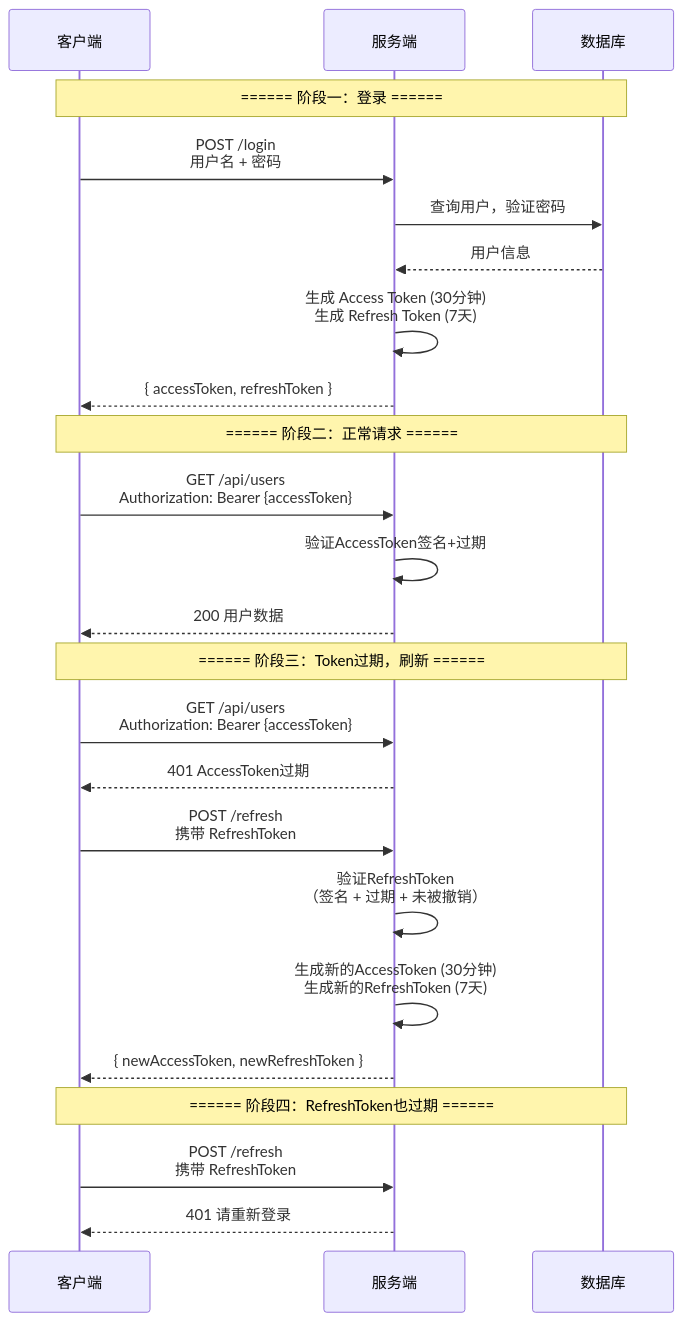
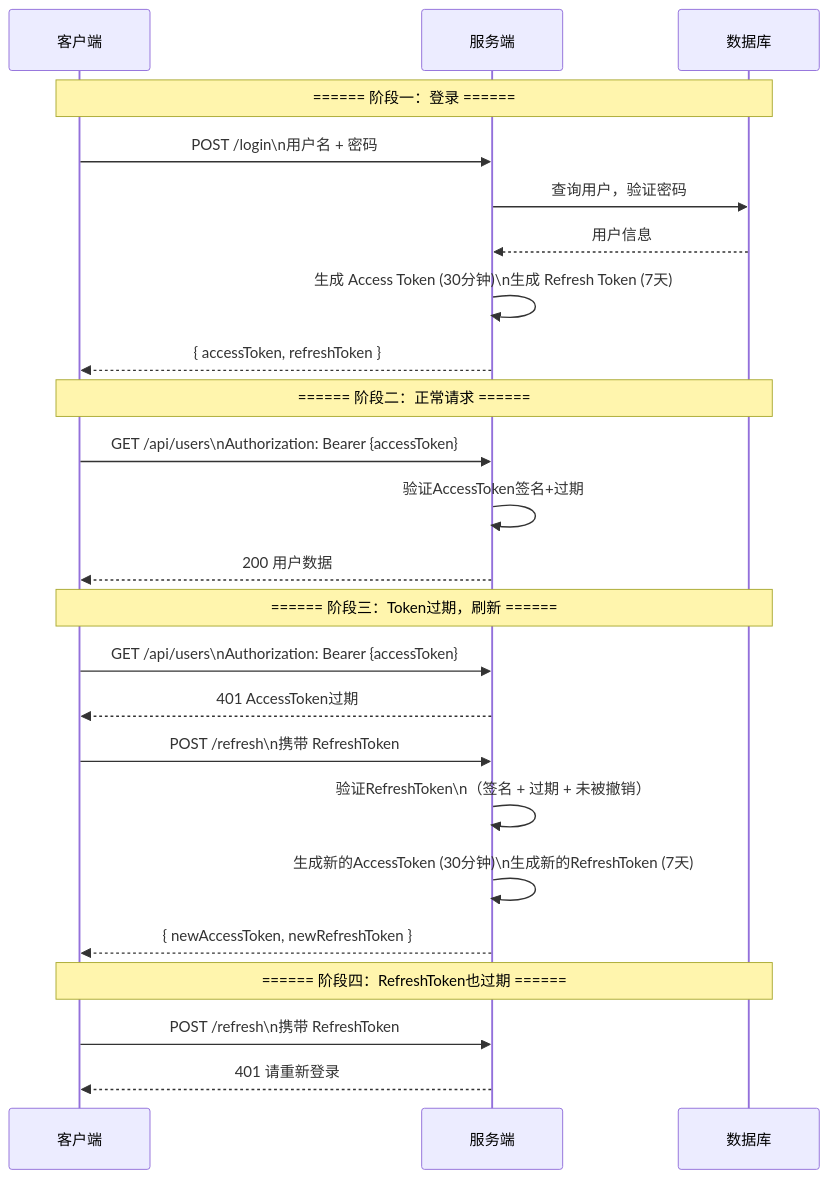
The fifth of 6 diagrams in content/posts/springsecurity/JwtDualTokenGuide.md (yaocat55/yaocat55.github.io), drawn with Mermaid before and after one commit. The commit also changed other lines of this file and 155 other files, not shown here.

````diff
--- a/content/posts/springsecurity/JwtDualTokenGuide.md
+++ b/content/posts/springsecurity/JwtDualTokenGuide.md
@@ -471,31 +471,31 @@
 ```mermaid
 sequenceDiagram
     participant C as 客户端
     participant S as 服务端
     participant DB as 数据库
 
     Note over C,DB: ====== 阶段一：登录 ======
-    C->>S: POST /login<br/>用户名 + 密码
+    C->>S: POST /login\n用户名 + 密码
     S->>DB: 查询用户，验证密码
     DB-->>S: 用户信息
-    S->>S: 生成 Access Token (30分钟)<br/>生成 Refresh Token (7天)
+    S->>S: 生成 Access Token (30分钟)\n生成 Refresh Token (7天)
     S-->>C: { accessToken, refreshToken }
 
     Note over C,DB: ====== 阶段二：正常请求 ======
-    C->>S: GET /api/users<br/>Authorization: Bearer {accessToken}
+    C->>S: GET /api/users\nAuthorization: Bearer {accessToken}
     S->>S: 验证AccessToken签名+过期
     S-->>C: 200 用户数据
 
     Note over C,DB: ====== 阶段三：Token过期，刷新 ======
-    C->>S: GET /api/users<br/>Authorization: Bearer {accessToken}
+    C->>S: GET /api/users\nAuthorization: Bearer {accessToken}
     S-->>C: 401 AccessToken过期
 
-    C->>S: POST /refresh<br/>携带 RefreshToken
-    S->>S: 验证RefreshToken<br/>（签名 + 过期 + 未被撤销）
-    S->>S: 生成新的AccessToken (30分钟)<br/>生成新的RefreshToken (7天)
+    C->>S: POST /refresh\n携带 RefreshToken
+    S->>S: 验证RefreshToken\n（签名 + 过期 + 未被撤销）
+    S->>S: 生成新的AccessToken (30分钟)\n生成新的RefreshToken (7天)
     S-->>C: { newAccessToken, newRefreshToken }
 
     Note over C,DB: ====== 阶段四：RefreshToken也过期 ======
-    C->>S: POST /refresh<br/>携带 RefreshToken
+    C->>S: POST /refresh\n携带 RefreshToken
     S-->>C: 401 请重新登录
 ```
````
